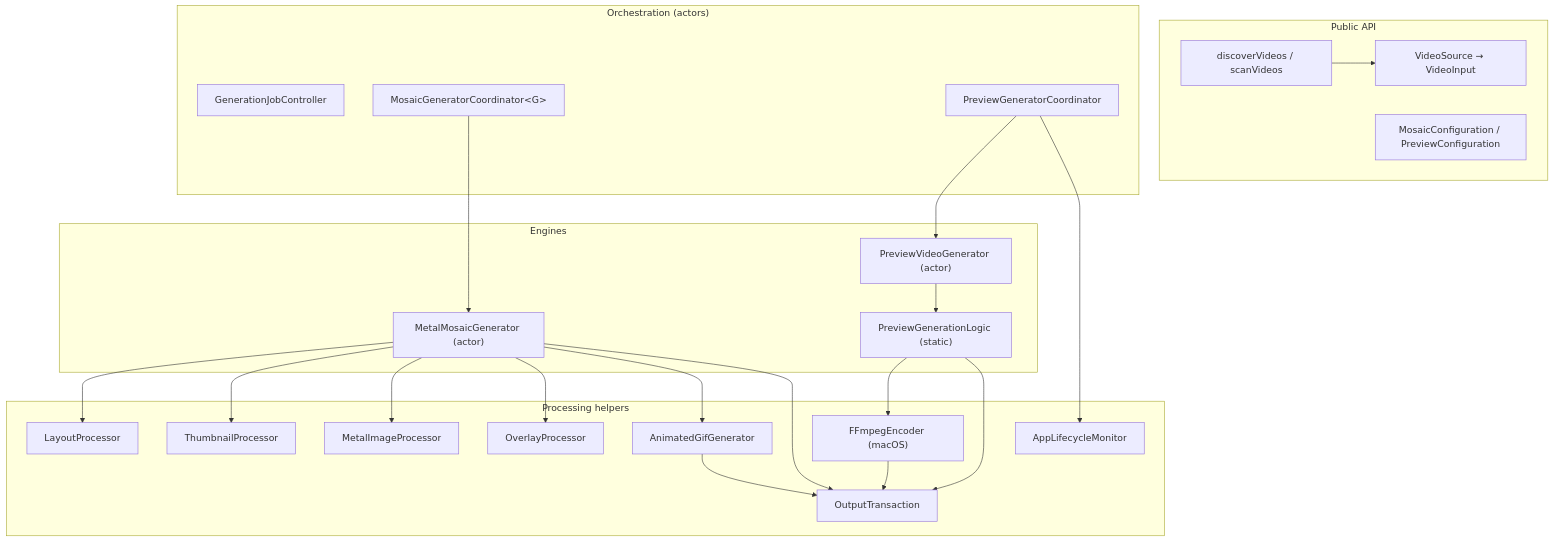
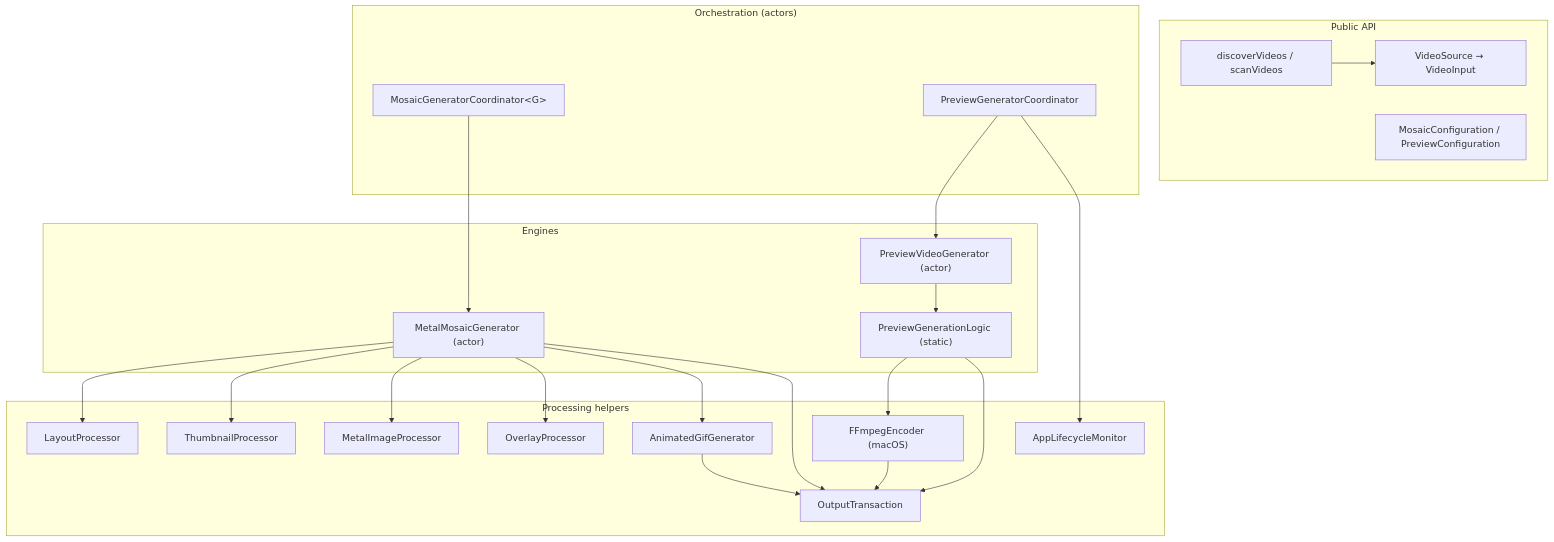
The third of 7 diagrams in codebase-analysis-docs/CODEBASE_KNOWLEDGE.md (fdenis75/MosaicKit), drawn with Mermaid before and after one commit. The commit also changed other lines of this file and 42 other files, not shown here.

````diff
--- a/codebase-analysis-docs/CODEBASE_KNOWLEDGE.md
+++ b/codebase-analysis-docs/CODEBASE_KNOWLEDGE.md
@@ -561,36 +560,35 @@
 ```mermaid
 graph TB
   subgraph API["Public API"]
     SCAN["discoverVideos / scanVideos"]
     SRC["VideoSource → VideoInput"]
     CFG["MosaicConfiguration / PreviewConfiguration"]
   end
   subgraph ORCH["Orchestration (actors)"]
-    JOB["GenerationJobController"]
     MCO["MosaicGeneratorCoordinator&lt;G&gt;"]
     PCO["PreviewGeneratorCoordinator"]
   end
   subgraph ENG["Engines"]
     MMG["MetalMosaicGenerator (actor)"]
     PVG["PreviewVideoGenerator (actor)"]
     PGL["PreviewGenerationLogic (static)"]
   end
   subgraph PROC["Processing helpers"]
     LAY["LayoutProcessor"]
     THP["ThumbnailProcessor"]
     MIP["MetalImageProcessor"]
     OVP["OverlayProcessor"]
     AGG["AnimatedGifGenerator"]
     FFE["FFmpegEncoder (macOS)"]
     OTX["OutputTransaction"]
     ALM["AppLifecycleMonitor"]
   end
   SCAN --> SRC
   MCO --> MMG
   PCO --> PVG --> PGL
   PCO --> ALM
   MMG --> LAY & THP & MIP & OVP & AGG & OTX
   PGL --> FFE & OTX
   AGG --> OTX
   FFE --> OTX
 ```
````
